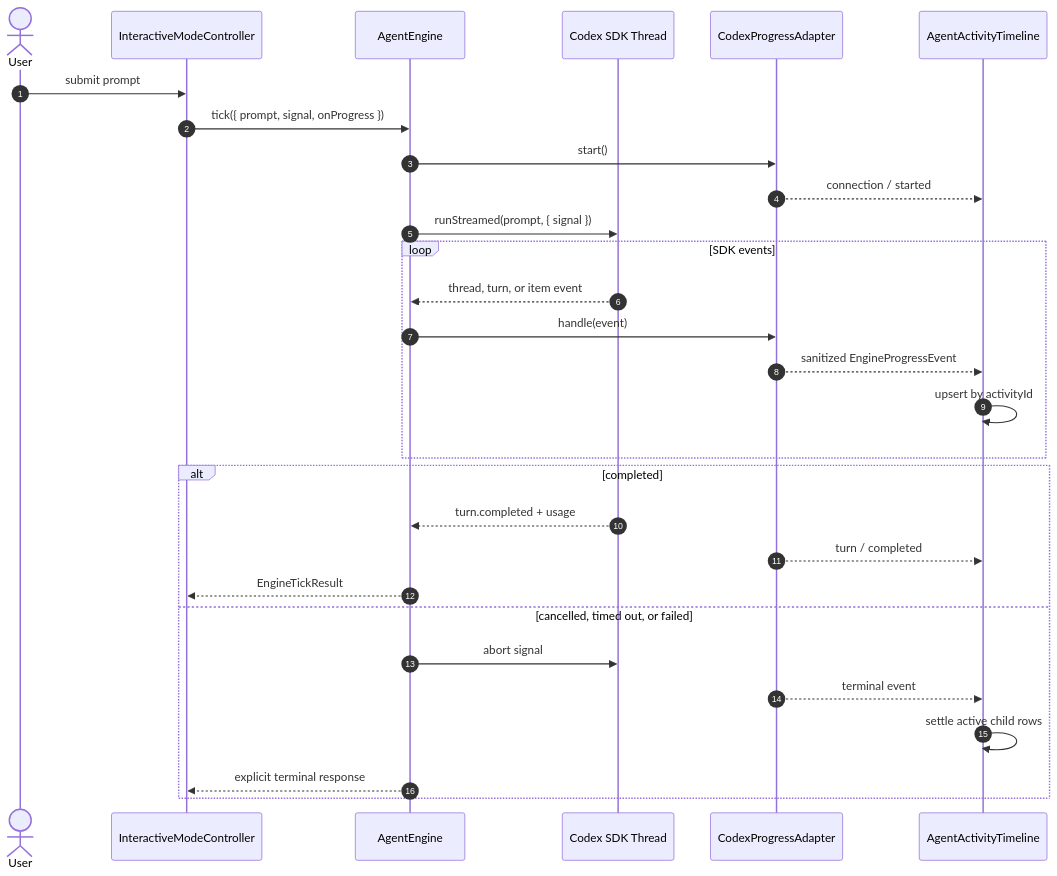
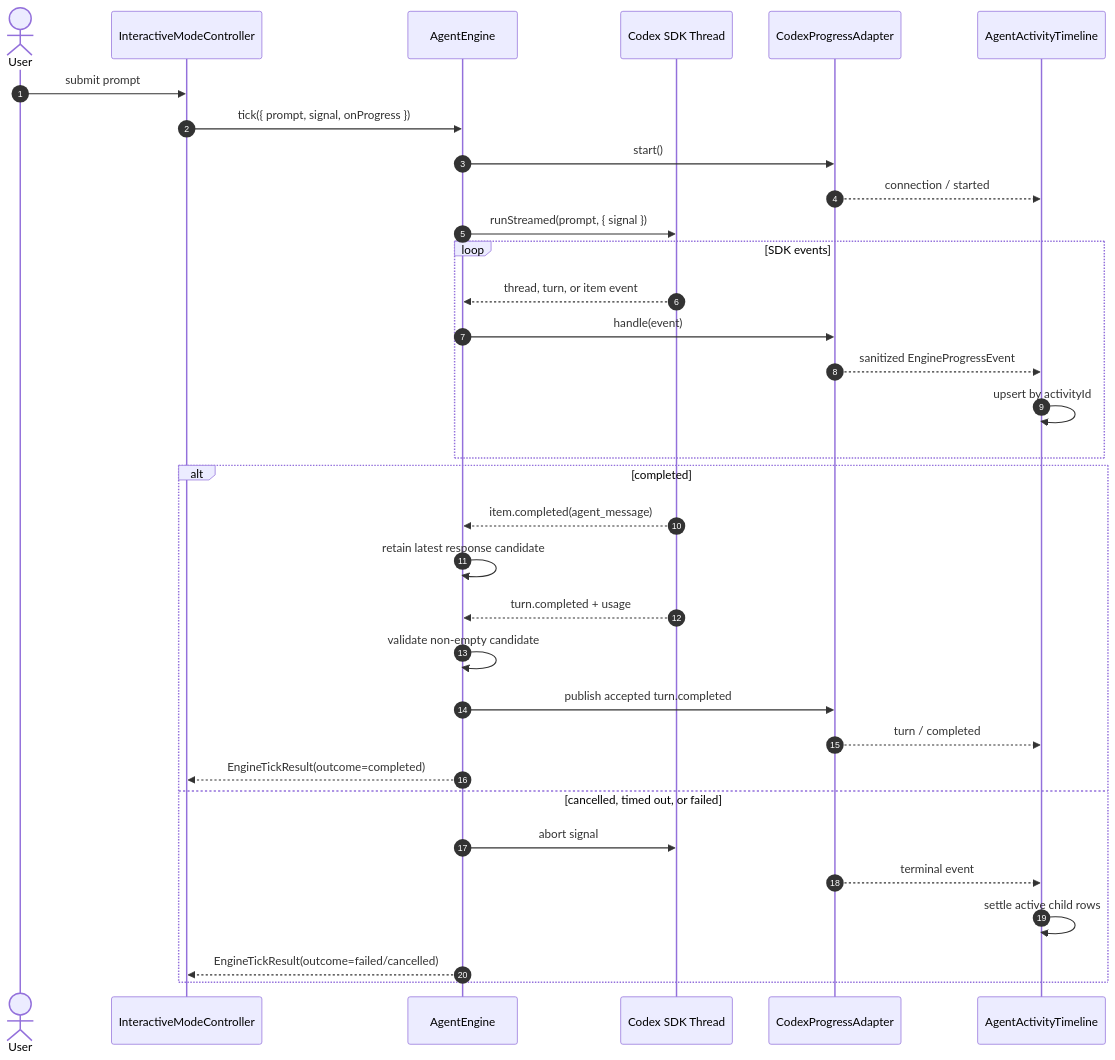
The diagram in .wiki/agent/streaming-activity-strategy.md (CardSorting/LUMI-JOY), drawn with Mermaid before and after one commit. The commit also changed other lines of this file and 84 other files, not shown here.

````diff
--- a/.wiki/agent/streaming-activity-strategy.md
+++ b/.wiki/agent/streaming-activity-strategy.md
@@ -18,32 +31,36 @@
 ```mermaid
 sequenceDiagram
     autonumber
     actor User
     participant TUI as InteractiveModeController
     participant Engine as AgentEngine
     participant SDK as Codex SDK Thread
     participant Adapter as CodexProgressAdapter
     participant Timeline as AgentActivityTimeline
 
     User->>TUI: submit prompt
     TUI->>Engine: tick({ prompt, signal, onProgress })
     Engine->>Adapter: start()
     Adapter-->>Timeline: connection / started
     Engine->>SDK: runStreamed(prompt, { signal })
     loop SDK events
         SDK-->>Engine: thread, turn, or item event
         Engine->>Adapter: handle(event)
         Adapter-->>Timeline: sanitized EngineProgressEvent
         Timeline->>Timeline: upsert by activityId
     end
     alt completed
+        SDK-->>Engine: item.completed(agent_message)
+        Engine->>Engine: retain latest response candidate
         SDK-->>Engine: turn.completed + usage
+        Engine->>Engine: validate non-empty candidate
+        Engine->>Adapter: publish accepted turn.completed
         Adapter-->>Timeline: turn / completed
-        Engine-->>TUI: EngineTickResult
+        Engine-->>TUI: EngineTickResult(outcome=completed)
     else cancelled, timed out, or failed
         Engine->>SDK: abort signal
         Adapter-->>Timeline: terminal event
         Timeline->>Timeline: settle active child rows
-        Engine-->>TUI: explicit terminal response
+        Engine-->>TUI: EngineTickResult(outcome=failed/cancelled)
     end
 ```
````
